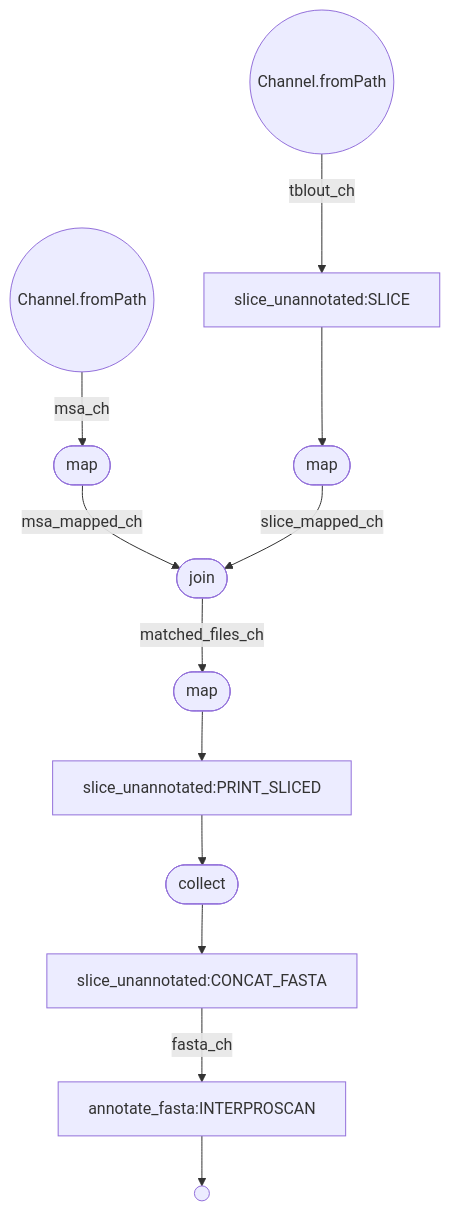
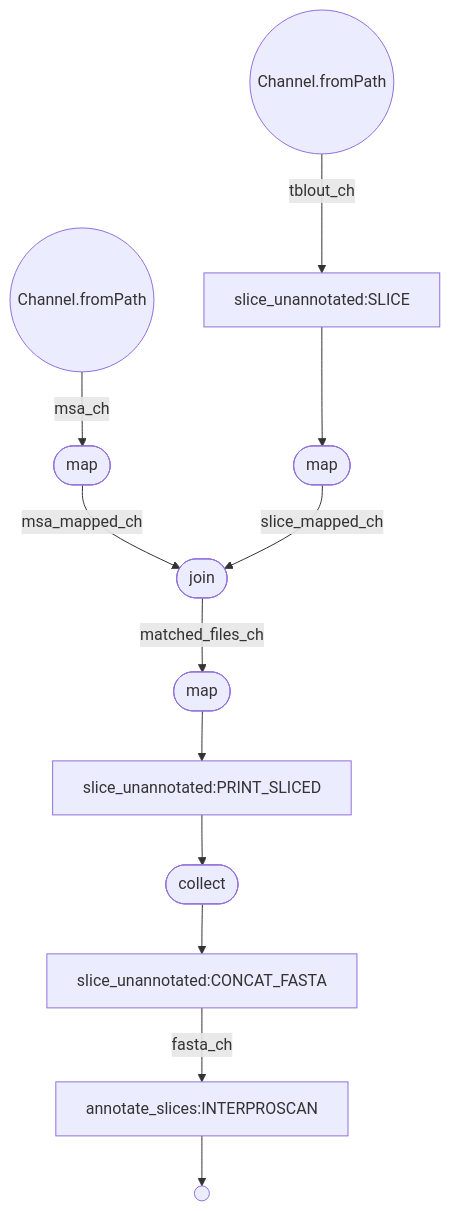
The diagram in flowchart_slices.mmd (EBI-Metagenomics/mgnifams), drawn with Mermaid before and after one commit. The commit also changed 8 other files, not shown here.

```diff
--- a/flowchart_slices.mmd
+++ b/flowchart_slices.mmd
@@ -1,24 +1,24 @@
 flowchart TD
     p0((Channel.fromPath))
     p1((Channel.fromPath))
     p2([map])
     p3[slice_unannotated:SLICE]
     p4([map])
     p5([join])
     p6([map])
     p7[slice_unannotated:PRINT_SLICED]
     p8([collect])
     p9[slice_unannotated:CONCAT_FASTA]
-    p10[annotate_fasta:INTERPROSCAN]
+    p10[annotate_slices:INTERPROSCAN]
     p11(( ))
     p0 -->|msa_ch| p2
     p1 -->|tblout_ch| p3
     p2 -->|msa_mapped_ch| p5
     p3 --> p4
     p4 -->|slice_mapped_ch| p5
     p5 -->|matched_files_ch| p6
     p6 --> p7
     p7 --> p8
     p8 --> p9
     p9 -->|fasta_ch| p10
     p10 --> p11
```
